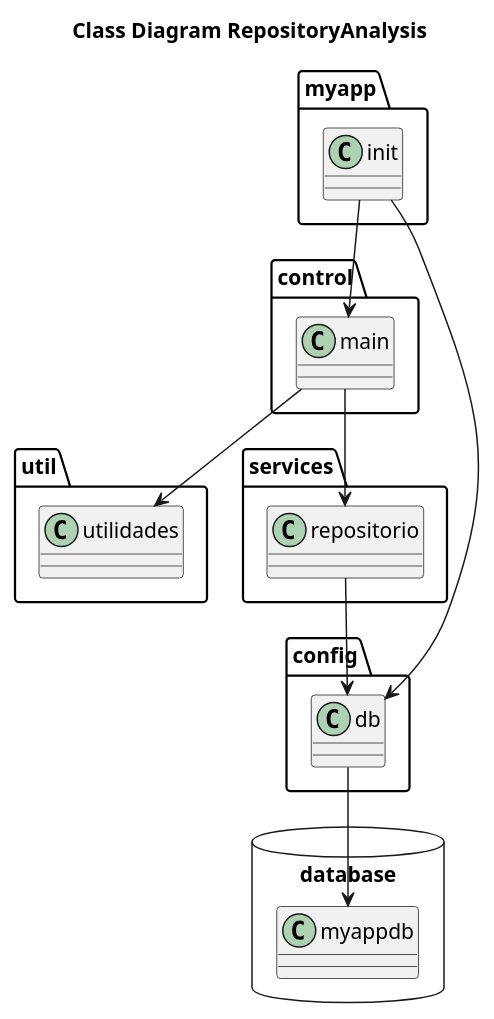
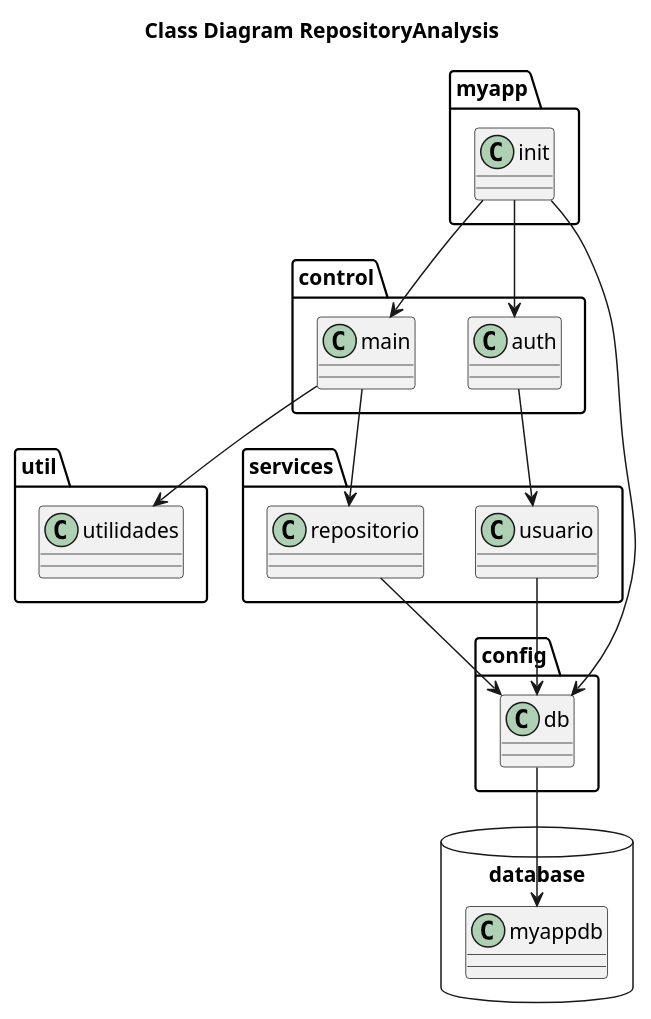
Before and after one commit to myplayareas/ppc: the diagram in docs/architecture_overview.wsd, drawn with PlantUML. The commit also changed 14 other files, not shown here.

```diff
--- a/docs/architecture_overview.wsd
+++ b/docs/architecture_overview.wsd
@@ -1,37 +1,42 @@
 @startuml
 
 title Class Diagram RepositoryAnalysis
 
 package myapp <<Folder>> {
   class init
 }
 
 package control <<Folder>> {
   class main
+  class auth
 }
 
 package util <<Folder>> {
   class utilidades
 }
 
 package services <<Folder>> {
   class repositorio
+  class usuario
 }
 
 package config <<Folder>> {
   class db
 }
 
 package database <<Database>> {
   class myappdb
 }
 
 
 init --> db
 init --> main
+init --> auth
 db --> myappdb
 main --> repositorio
 repositorio --> db
 main --> utilidades
+auth --> usuario
+usuario --> db
 
 @enduml
```
